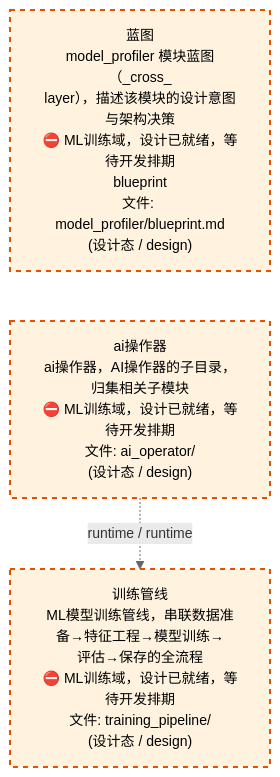
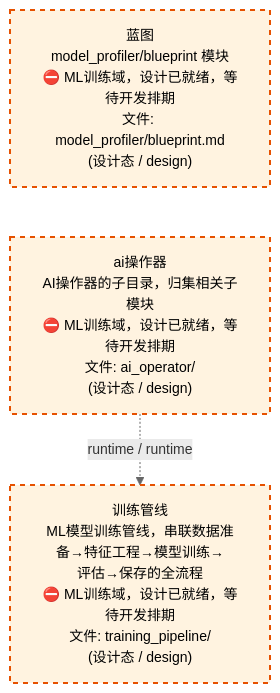
The third of 4 diagrams in docs/02_enterprise_architecture/02_domain_architecture_docs/61_d_ml_train.md (xuanFelixVan/ZephyrAlpha), drawn with Mermaid before and after one commit. The commit also changed other lines of this file and 60 other files, not shown here.

````diff
--- a/docs/02_enterprise_architecture/02_domain_architecture_docs/61_d_ml_train.md
+++ b/docs/02_enterprise_architecture/02_domain_architecture_docs/61_d_ml_train.md
@@ -119,14 +119,14 @@
 ```mermaid
 %%{init: {'theme': 'base', 'themeVariables': {'primaryColor': '#eaeaea', 'primaryTextColor': '#333333', 'primaryBorderColor': '#666666', 'lineColor': '#666666', 'secondaryColor': '#eaeaea', 'tertiaryColor': '#eaeaea', 'fontSize': '14px'}}}%%
 flowchart TD
-    docs_03_modules_cross_layer_model_profiler_blueprint_md["蓝图<br/>model_profiler 模块蓝图（_cross_<br/>layer），描述该模块的设计意图与架构决策<br/>⛔ ML训练域，设计已就绪，等待开发排期<br/>blueprint<br/>文件: model_profiler/blueprint.md<br/>(设计态 / design)"]
-    src_zephyr_ml_train_ai_operator["ai操作器<br/>ai操作器，AI操作器的子目录，归集相关子模块<br/>⛔ ML训练域，设计已就绪，等待开发排期<br/>文件: ai_operator/<br/>(设计态 / design)"]
+    docs_03_modules_cross_layer_model_profiler_blueprint_md["蓝图<br/>model_profiler/blueprint 模块<br/>⛔ ML训练域，设计已就绪，等待开发排期<br/>文件: model_profiler/blueprint.md<br/>(设计态 / design)"]
+    src_zephyr_ml_train_ai_operator["ai操作器<br/>AI操作器的子目录，归集相关子模块<br/>⛔ ML训练域，设计已就绪，等待开发排期<br/>文件: ai_operator/<br/>(设计态 / design)"]
     docs_03_modules_cross_layer_model_profiler_blueprint_md ~~~ src_zephyr_ml_train_ai_operator
     src_zephyr_ml_train_training_pipeline["训练管线<br/>ML模型训练管线，串联数据准备→特征工程→模型训练→<br/>评估→保存的全流程<br/>⛔ ML训练域，设计已就绪，等待开发排期<br/>文件: training_pipeline/<br/>(设计态 / design)"]
     src_zephyr_ml_train_ai_operator -.->|runtime / runtime| src_zephyr_ml_train_training_pipeline
     classDef production fill:#e1f5fe,stroke:#01579b,stroke-width:2px,color:#000
     classDef design fill:#fff3e0,stroke:#e65100,stroke-width:2px,color:#000,stroke-dasharray: 5 5
     classDef external_prod fill:#e8f4fd,stroke:#0277bd,stroke-width:1px,color:#000
     classDef external_design fill:#fff8e7,stroke:#ef6c00,stroke-width:1px,color:#000,stroke-dasharray: 5 5
     class docs_03_modules_cross_layer_model_profiler_blueprint_md,src_zephyr_ml_train_ai_operator,src_zephyr_ml_train_training_pipeline design
 ```
````
